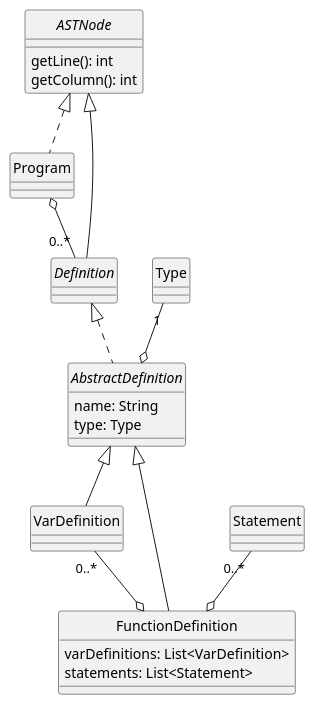
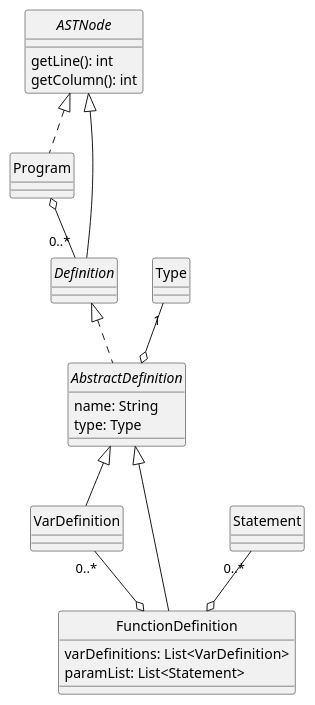
The diagram in docs/diagrams/program.plantuml (JonathanAriass/dlp-examen), drawn with PlantUML before and after one commit. The commit also changed 7 other files, not shown here.

Commit message:
start semantics ANTLR4 and some UML changes

```diff
--- a/docs/diagrams/program.plantuml
+++ b/docs/diagrams/program.plantuml
@@ -1,40 +1,40 @@
 @startuml Program
 skinparam style strictuml
 skinparam monochrome true
 
 
 interface ASTNode {
     getLine(): int
     getColumn(): int
 }
 
 class Program
 
 interface Definition extends ASTNode{
 }
 
 abstract class AbstractDefinition implements Definition {
     name: String
     type: Type
 }
 
 
 class VarDefinition extends AbstractDefinition {
 }
 
 class FunctionDefinition extends AbstractDefinition {
     varDefinitions: List<VarDefinition>
-    statements: List<Statement>
+    paramList: List<Statement>
 }
 
 
 ASTNode <|.. Program
 Program o-- "0..*" Definition
 VarDefinition "0..*" --o FunctionDefinition
 Statement "0..*" --o FunctionDefinition
 Type "1" --o AbstractDefinition
 
 
 
 
 @enduml
```
